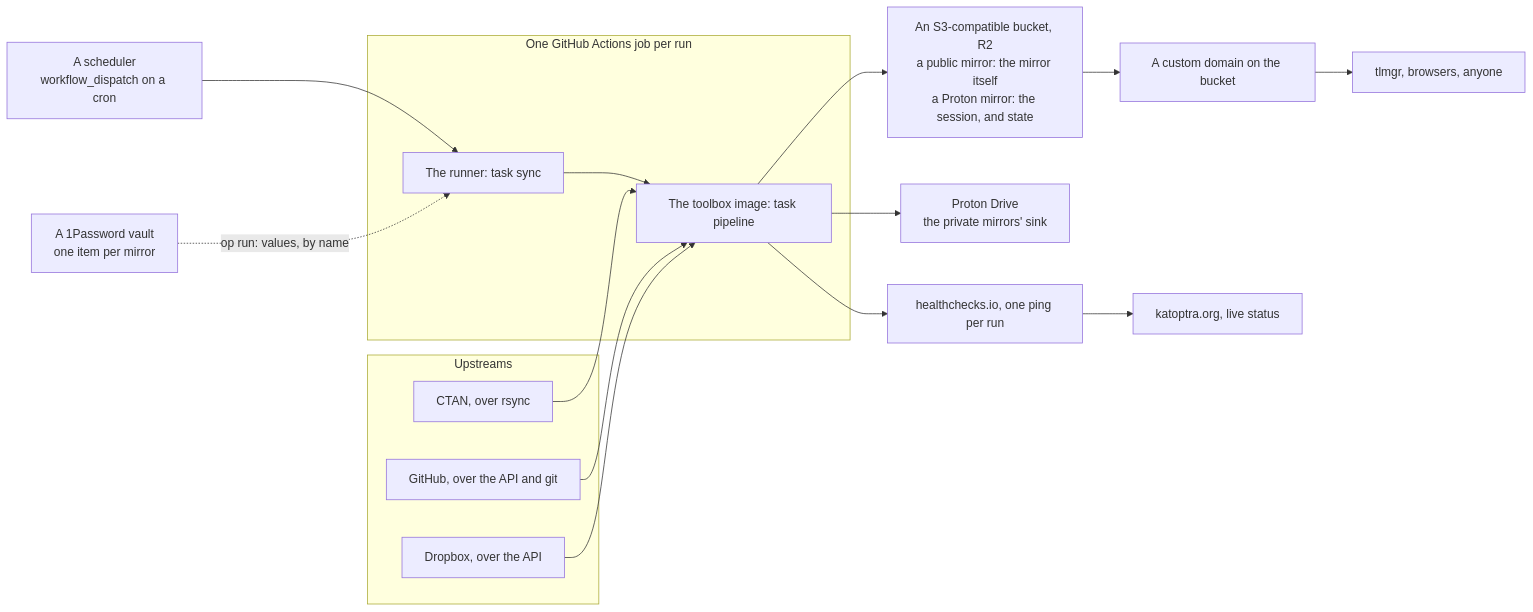
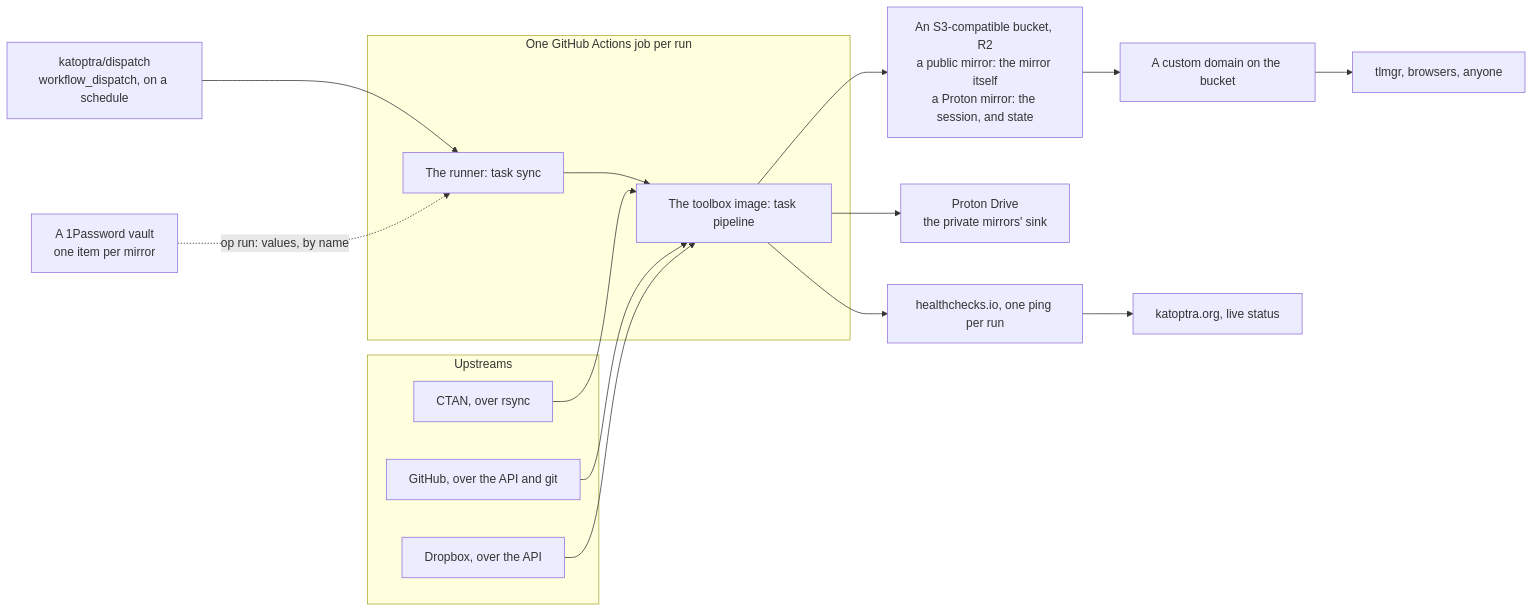
The first of 12 diagrams in README.md (katoptra/lib), drawn with Mermaid before and after one commit. The commit also changed other lines of this file and 1 other file, not shown here.

First line of the commit message:
docs: name katoptra/dispatch as the scheduler (#10)

````diff
--- a/README.md
+++ b/README.md
@@ -32,20 +32,20 @@
 ```mermaid
 flowchart LR
   subgraph up["Upstreams"]
     u1["CTAN, over rsync"]
     u2["GitHub, over the API and git"]
     u3["Dropbox, over the API"]
   end
-  sched["A scheduler<br/>workflow_dispatch on a cron"] --> host
+  sched["katoptra/dispatch<br/>workflow_dispatch, on a schedule"] --> host
   subgraph job["One GitHub Actions job per run"]
     host["The runner: task sync"] --> box["The toolbox image: task pipeline"]
   end
   vault["A 1Password vault<br/>one item per mirror"] -. "op run: values, by name" .-> host
   u1 --> box
   u2 --> box
   u3 --> box
   box --> r2["An S3-compatible bucket, R2<br/>a public mirror: the mirror itself<br/>a Proton mirror: the session, and state"]
   box --> pd["Proton Drive<br/>the private mirrors' sink"]
   r2 --> cf["A custom domain on the bucket"] --> cl["tlmgr, browsers, anyone"]
   box --> hc["healthchecks.io, one ping per run"] --> site["katoptra.org, live status"]
 ```
````
